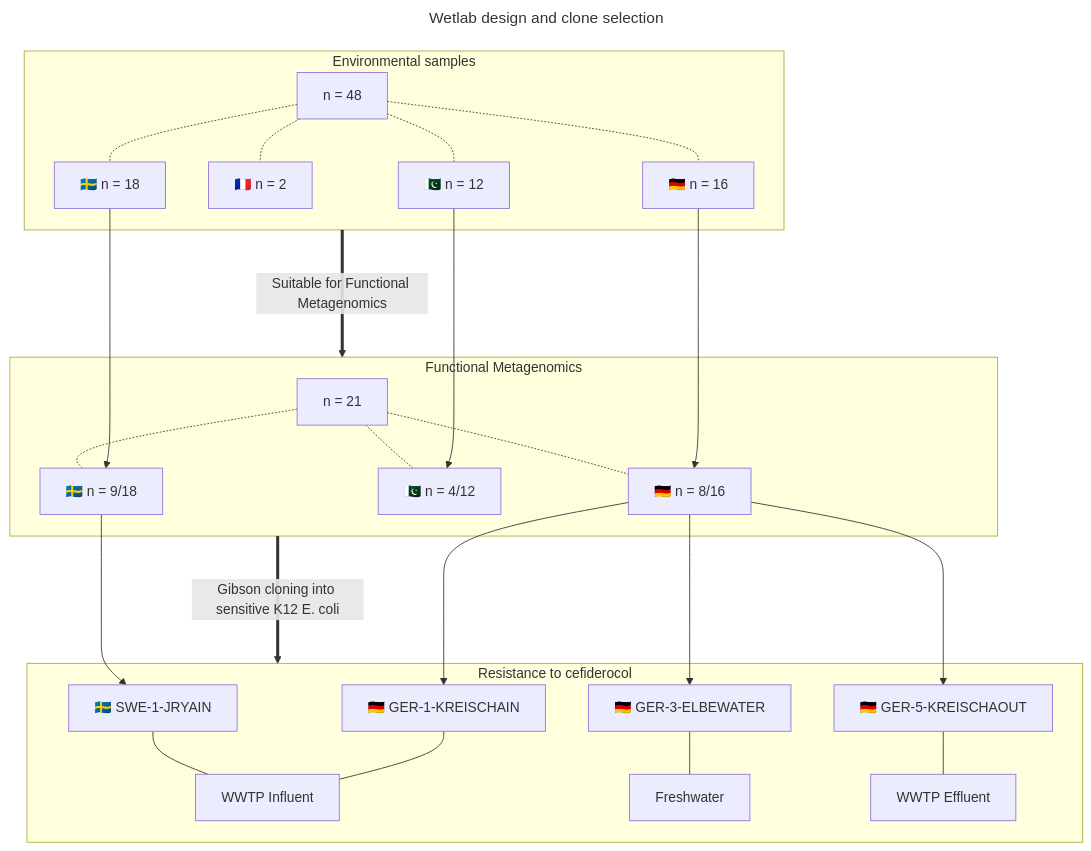
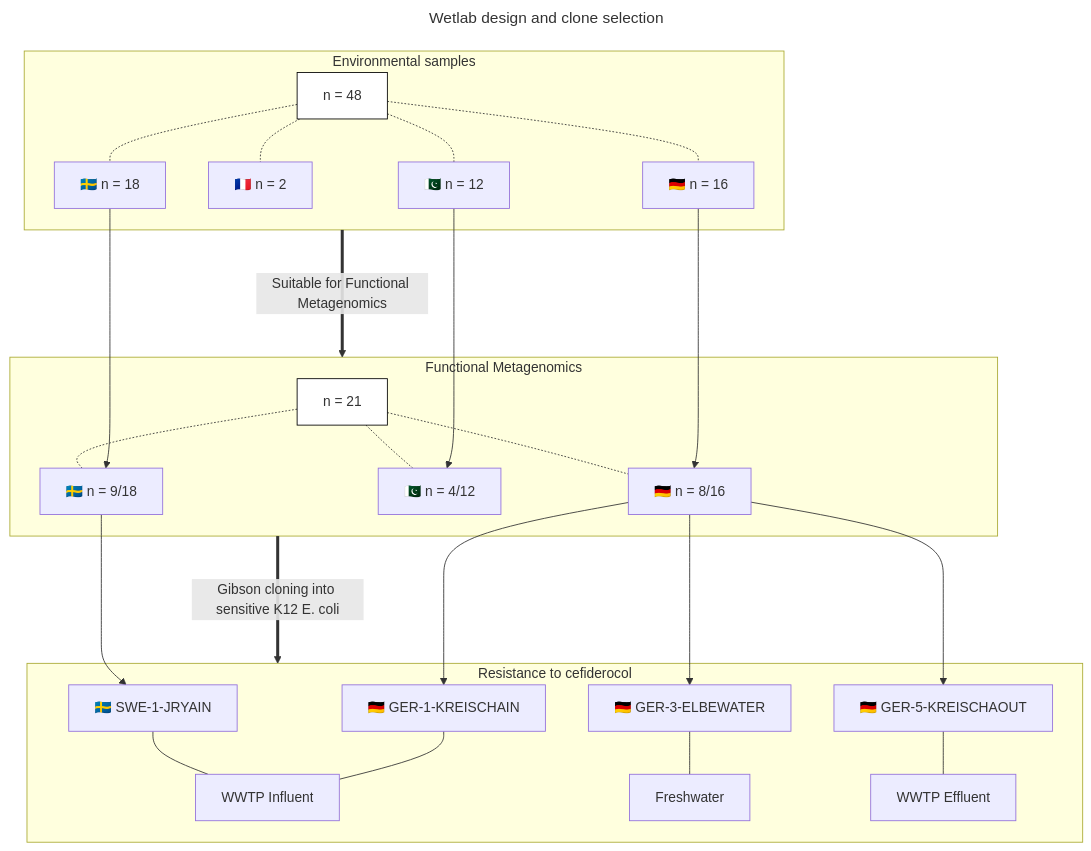
One commit to RemiGSC/Mgf_FDC changed the first of 2 diagrams in README.md. Above: the diagram before and after it, drawn with Mermaid.

````diff
--- a/README.md
+++ b/README.md
@@ -9,39 +9,43 @@
 ```mermaid
 ---
 title: Wetlab design and clone selection
 ---
 flowchart TD
 	subgraph ev [Environmental samples]
 		A[n = 48] -.- A1[🇸🇪 n = 18]
 		A -.- A2[🇫🇷 n = 2]
 		A -.- A3[🇩🇪 n = 16]
 		A -.- A4[🇵🇰 n = 12]
 	end
 
 	subgraph fmg [Functional Metagenomics]
 		B[n = 21] -.- B1[🇸🇪 n = 9/18]
 		B -.- B3[🇩🇪 n = 8/16]
 		B -.- B4[🇵🇰 n = 4/12]
 	end
 
 	subgraph Rcef [Resistance to cefiderocol]
 			C1[🇸🇪 SWE-1-JRYAIN] --- WWIN[WWTP Influent]
 			C3a[🇩🇪 GER-1-KREISCHAIN] --- WWIN[WWTP Influent]
 			C3b[🇩🇪 GER-3-ELBEWATER] --- Fresh[Freshwater]
 			C3c[🇩🇪 GER-5-KREISCHAOUT] --- WWEF[WWTP Effluent]
 	end
 
 
 ev ==>|Suitable for Functional Metagenomics| fmg
 
 fmg ==>|Gibson cloning into sensitive K12 E. coli| Rcef
 
 A1 ----> B1
 A3 ----> B3
 A4 ----> B4
 
 B1 ---> C1
 B3 ---> C3a
 B3 ---> C3b
 B3 ---> C3c
+
+style A stroke:#000,fill:#fff
+style B stroke:#000,fill:#fff
+
 ```
````
